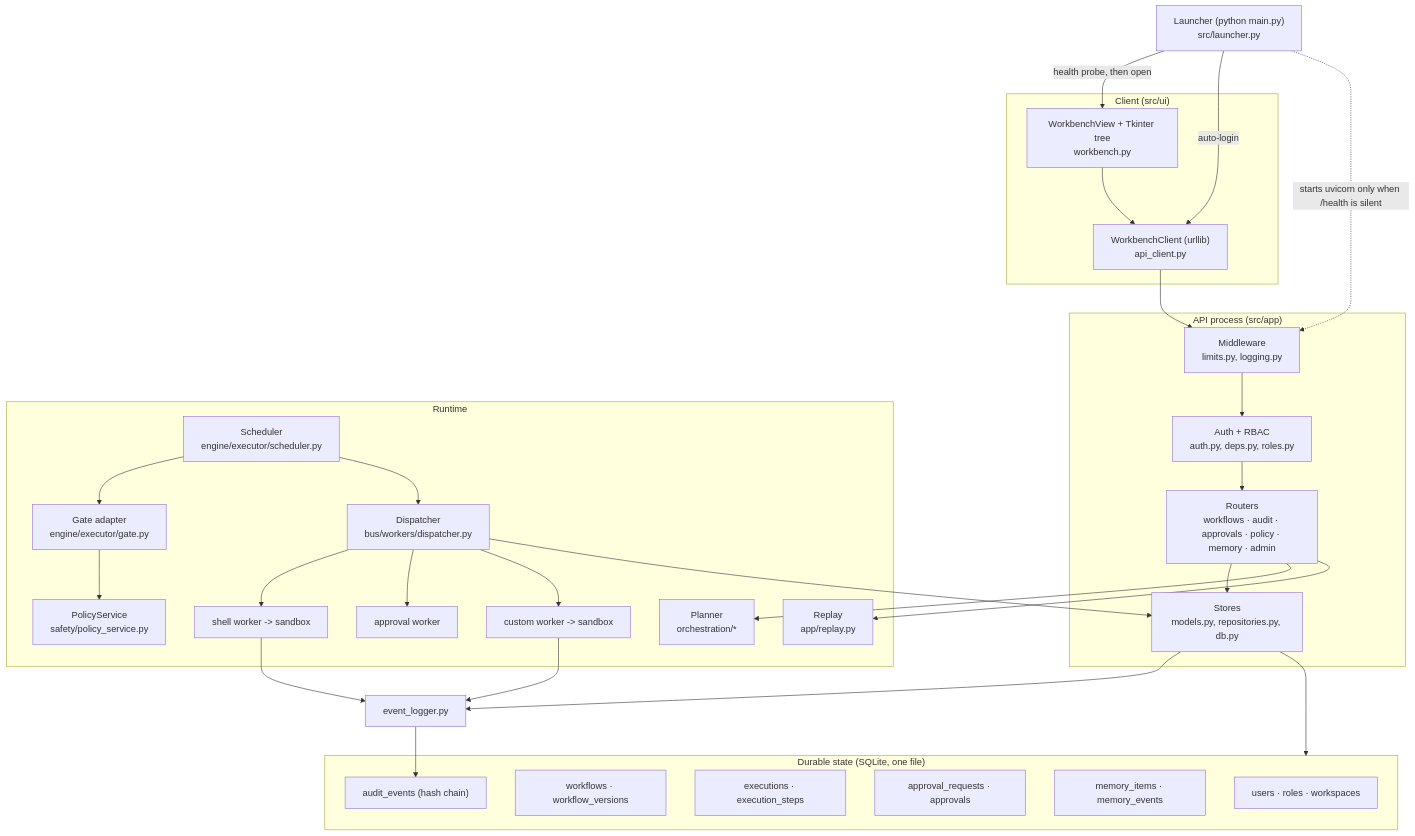
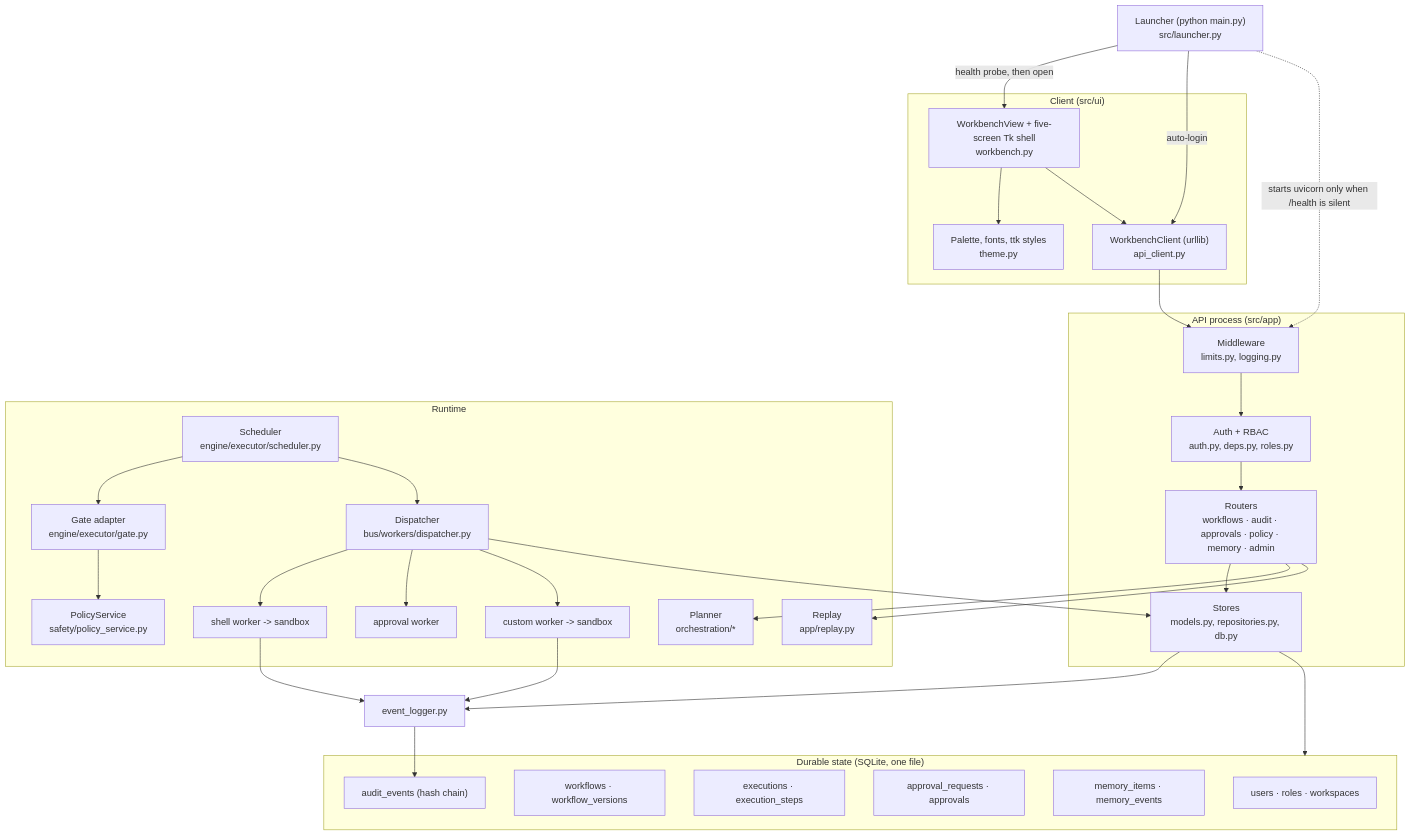
The second of 9 diagrams in docs/ARCHITECTURE.md (amir-khoshdel-louyeh/auto-system-agent), drawn with Mermaid before and after one commit. The commit also changed other lines of this file and 14 other files, not shown here.

First line of the commit message:
feat(workbench): memory tab, theme and the window walkthrough [111]

````diff
--- a/docs/ARCHITECTURE.md
+++ b/docs/ARCHITECTURE.md
@@ -49,49 +49,51 @@
 ```mermaid
 flowchart TB
   L["Launcher (python main.py)<br/>src/launcher.py"]
   subgraph client["Client (src/ui)"]
-    WB["WorkbenchView + Tkinter tree<br/>workbench.py"]
+    WB["WorkbenchView + five-screen Tk shell<br/>workbench.py"]
+    TH["Palette, fonts, ttk styles<br/>theme.py"]
     HC["WorkbenchClient (urllib)<br/>api_client.py"]
   end
   subgraph app["API process (src/app)"]
     MW["Middleware<br/>limits.py, logging.py"]
     AUTH["Auth + RBAC<br/>auth.py, deps.py, roles.py"]
     ROUTES["Routers<br/>workflows · audit · approvals · policy · memory · admin"]
     STORES["Stores<br/>models.py, repositories.py, db.py"]
   end
   subgraph runtime["Runtime"]
     SCHED["Scheduler<br/>engine/executor/scheduler.py"]
     GATE["Gate adapter<br/>engine/executor/gate.py"]
     POLICY["PolicyService<br/>safety/policy_service.py"]
     PLAN["Planner<br/>orchestration/*"]
     DISP["Dispatcher<br/>bus/workers/dispatcher.py"]
     WSH["shell worker -> sandbox"]
     WAP["approval worker"]
     WCU["custom worker -> sandbox"]
     REPLAY["Replay<br/>app/replay.py"]
   end
   subgraph durable["Durable state (SQLite, one file)"]
     T1["users · roles · workspaces"]
     T2["workflows · workflow_versions"]
     T3["executions · execution_steps"]
     T4["approval_requests · approvals"]
     T5["memory_items · memory_events"]
     T6["audit_events (hash chain)"]
   end
   L -->|"health probe, then open"| WB
   L -->|"auto-login"| HC
   L -.->|"starts uvicorn only when /health is silent"| MW
+  WB --> TH
   WB --> HC --> MW --> AUTH --> ROUTES --> STORES --> durable
   ROUTES --> PLAN
   ROUTES --> REPLAY
   SCHED --> GATE --> POLICY
   SCHED --> DISP
   DISP --> WSH
   DISP --> WAP
   DISP --> WCU
   DISP --> STORES
   PUB["event_logger.py"] --> T6
   STORES --> PUB
   WSH --> PUB
   WCU --> PUB
 ```
````
